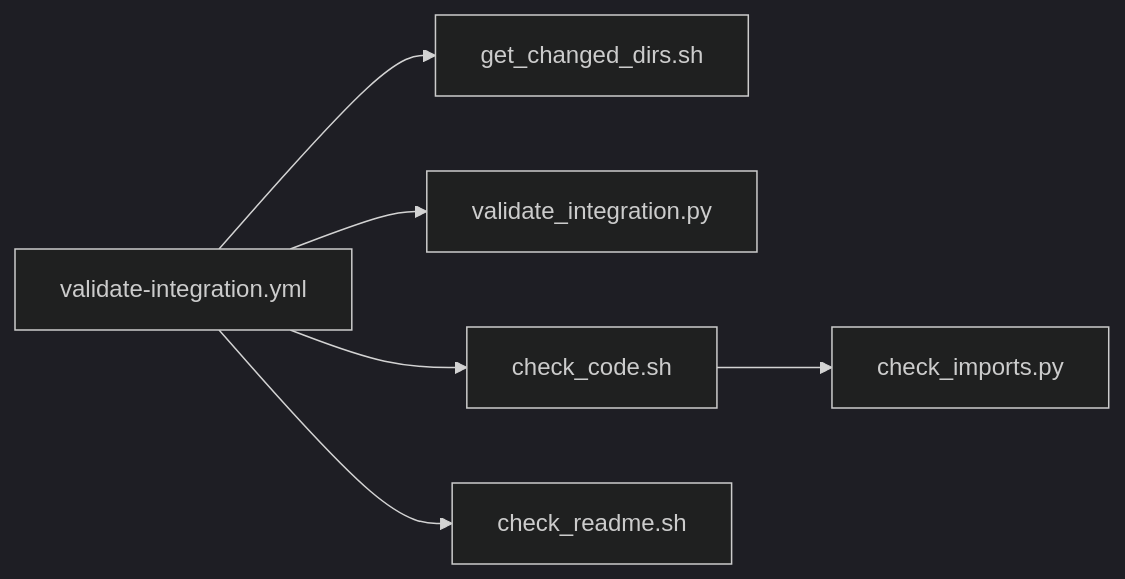
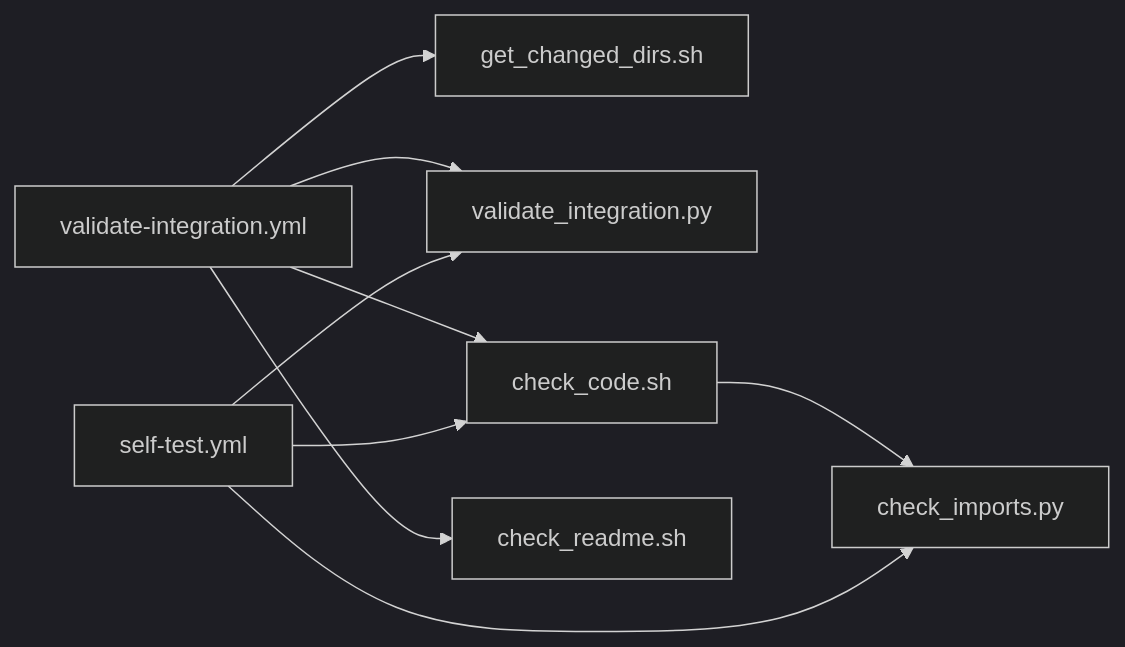
Before and after one commit to Autohive-AI/autohive-integrations-tooling: the second of 2 diagrams in scripts/docs/check_imports.md, drawn with Mermaid (dark theme). The commit also changed other lines of this file and 3 other files, not shown here.

````diff
--- a/scripts/docs/check_imports.md
+++ b/scripts/docs/check_imports.md
@@ -136,8 +136,11 @@
 ```mermaid
 flowchart LR
     A[validate-integration.yml] --> B[get_changed_dirs.sh]
     A --> C[validate_integration.py]
     A --> D[check_code.sh]
     A --> E[check_readme.sh]
     D --> F[check_imports.py]
+    G[self-test.yml] --> C
+    G --> D
+    G --> F
 ```
````
